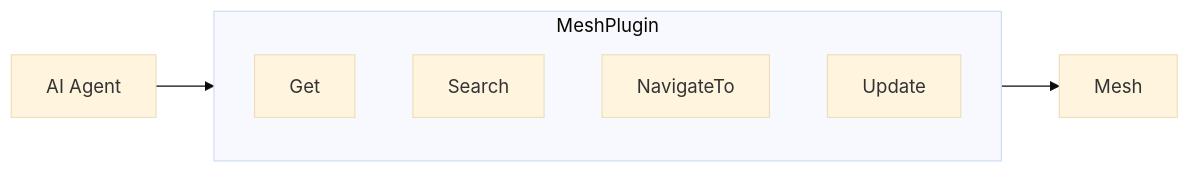
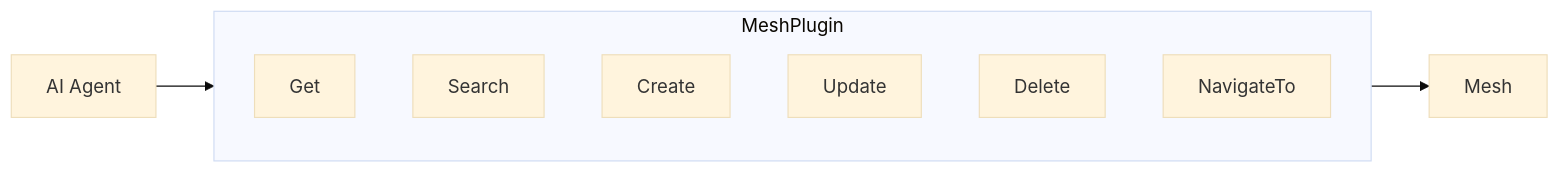
Before and after one commit to Systemorph/MeshWeaver: the third of 5 diagrams in samples/Graph/Data/MeshWeaver/Documentation/Architecture/AgenticAI.md, drawn with Mermaid (base theme). The commit also changed other lines of this file and 1 other file, not shown here.

````diff
--- a/samples/Graph/Data/MeshWeaver/Documentation/Architecture/AgenticAI.md
+++ b/samples/Graph/Data/MeshWeaver/Documentation/Architecture/AgenticAI.md
@@ -133,11 +133,13 @@
 ```mermaid
 flowchart LR
     subgraph Tools["MeshPlugin"]
         G[Get]
         S[Search]
+        C[Create]
+        U[Update]
+        D[Delete]
         N[NavigateTo]
-        U[Update]
     end
     A[AI Agent] --> Tools
     Tools --> M[Mesh]
 ```
````
